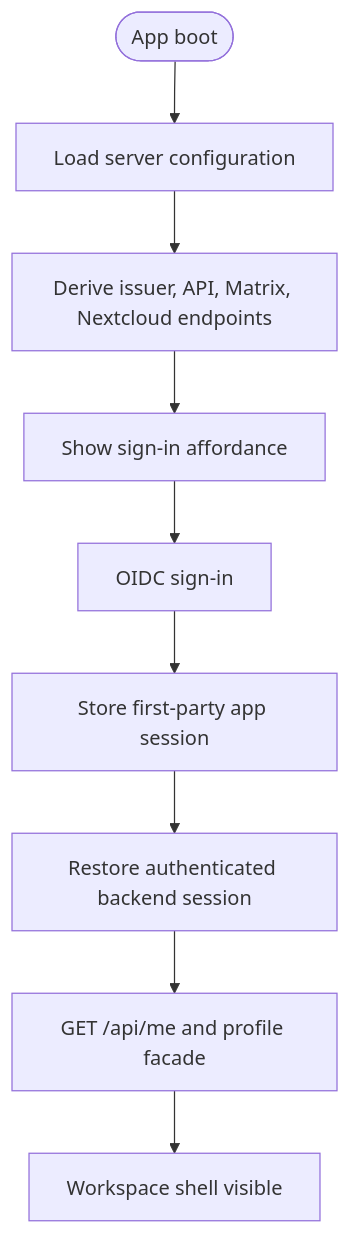
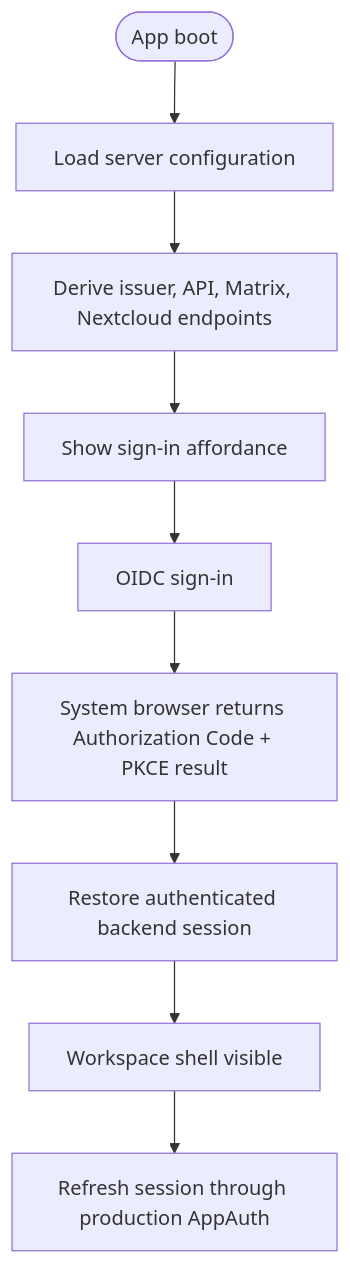
The second of 8 diagrams in docs/product-acceptance-flows.md (masssi164/weave), drawn with Mermaid before and after one commit. The commit also changed other lines of this file and 631 other files, not shown here.

Commit message:
feat: complete fresh standards-first architecture

````diff
--- a/docs/product-acceptance-flows.md
+++ b/docs/product-acceptance-flows.md
@@ -39,11 +40,11 @@
 ```mermaid
 flowchart TD
   A([App boot]) --> B[Load server configuration]
   B --> C[Derive issuer, API, Matrix, Nextcloud endpoints]
   C --> D[Show sign-in affordance]
   D --> E[OIDC sign-in]
-  E --> F[Store first-party app session]
+  E --> F[System browser returns Authorization Code + PKCE result]
   F --> G[Restore authenticated backend session]
-  G --> H[GET /api/me and profile facade]
-  H --> I[Workspace shell visible]
+  G --> H[Workspace shell visible]
+  H --> I[Refresh session through production AppAuth]
 ```
````
